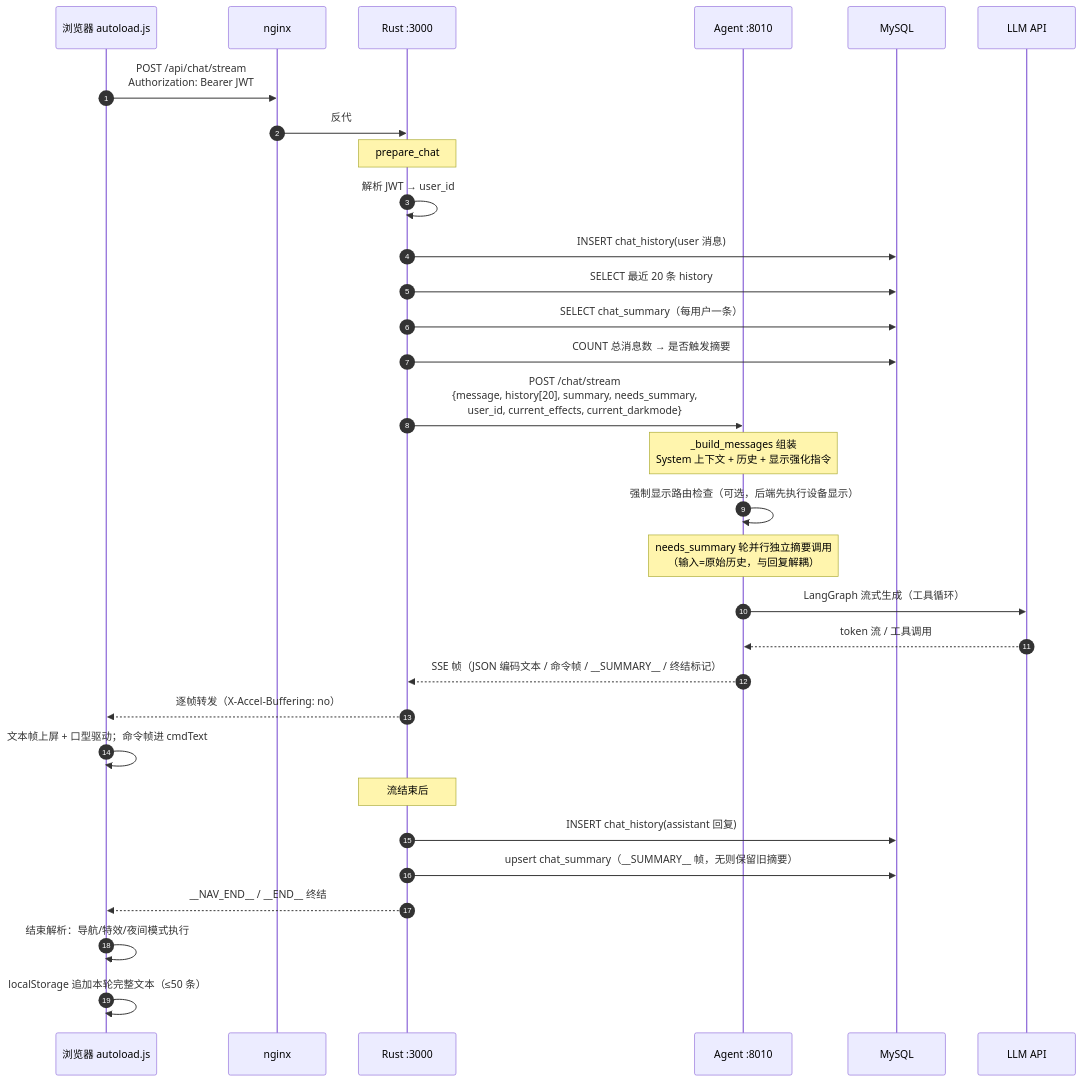
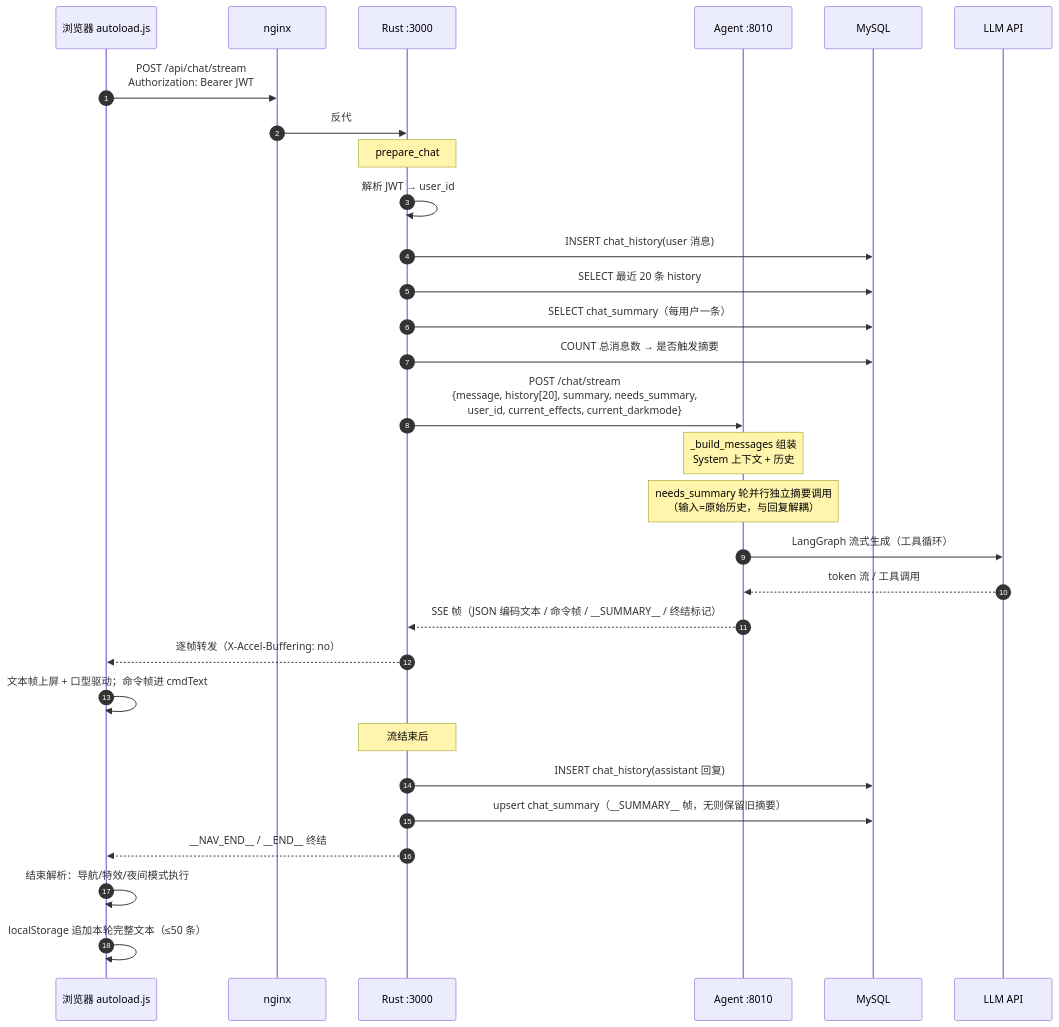
One commit to BigLeopardCat/saudade-blog-agent changed the second of 5 diagrams in docs/agent-architecture.md. Above: the diagram before and after it, drawn with Mermaid. The commit also changed other lines of this file and 2 other files, not shown here.

Commit message:
fix: 更新 agent 文档至当前架构（20260828 重构 + 20260830 优化后） - README：_force_display 移除改显示保障链；planner 关 thinking；systemd 运行方式；golden 13→27 条 - docs/agent-architecture.md：§6.3 重写（影子系统事故）；§1/§2/§3.2/§7/§8/§9/§10 同步现状 - docs/eval-observability.md：golden 27 条；trace 落盘/慢调用监控/CI 评测门禁现状

````diff
--- a/docs/agent-architecture.md
+++ b/docs/agent-architecture.md
@@ -122,34 +126,33 @@
 ```mermaid
 sequenceDiagram
     autonumber
     participant B as 浏览器 autoload.js
     participant N as nginx
     participant R as Rust :3000
     participant A as Agent :8010
     participant DB as MySQL
     participant L as LLM API
 
     B->>N: POST /api/chat/stream<br/>Authorization: Bearer JWT
     N->>R: 反代
     Note over R: prepare_chat
     R->>R: 解析 JWT → user_id
     R->>DB: INSERT chat_history(user 消息)
     R->>DB: SELECT 最近 20 条 history
     R->>DB: SELECT chat_summary（每用户一条）
     R->>DB: COUNT 总消息数 → 是否触发摘要
     R->>A: POST /chat/stream<br/>{message, history[20], summary, needs_summary,<br/>user_id, current_effects, current_darkmode}
-    Note over A: _build_messages 组装<br/>System 上下文 + 历史 + 显示强化指令
-    A->>A: 强制显示路由检查（可选，后端先执行设备显示）
+    Note over A: _build_messages 组装<br/>System 上下文 + 历史
     Note over A: needs_summary 轮并行独立摘要调用<br/>（输入=原始历史，与回复解耦）
     A->>L: LangGraph 流式生成（工具循环）
     L-->>A: token 流 / 工具调用
     A-->>R: SSE 帧（JSON 编码文本 / 命令帧 / __SUMMARY__ / 终结标记）
     R-->>B: 逐帧转发（X-Accel-Buffering: no）
     B->>B: 文本帧上屏 + 口型驱动；命令帧进 cmdText
     Note over R: 流结束后
     R->>DB: INSERT chat_history(assistant 回复)
     R->>DB: upsert chat_summary（__SUMMARY__ 帧，无则保留旧摘要）
     R-->>B: __NAV_END__ / __END__ 终结
     B->>B: 结束解析：导航/特效/夜间模式执行
     B->>B: localStorage 追加本轮完整文本（≤50 条）
 ```
````
